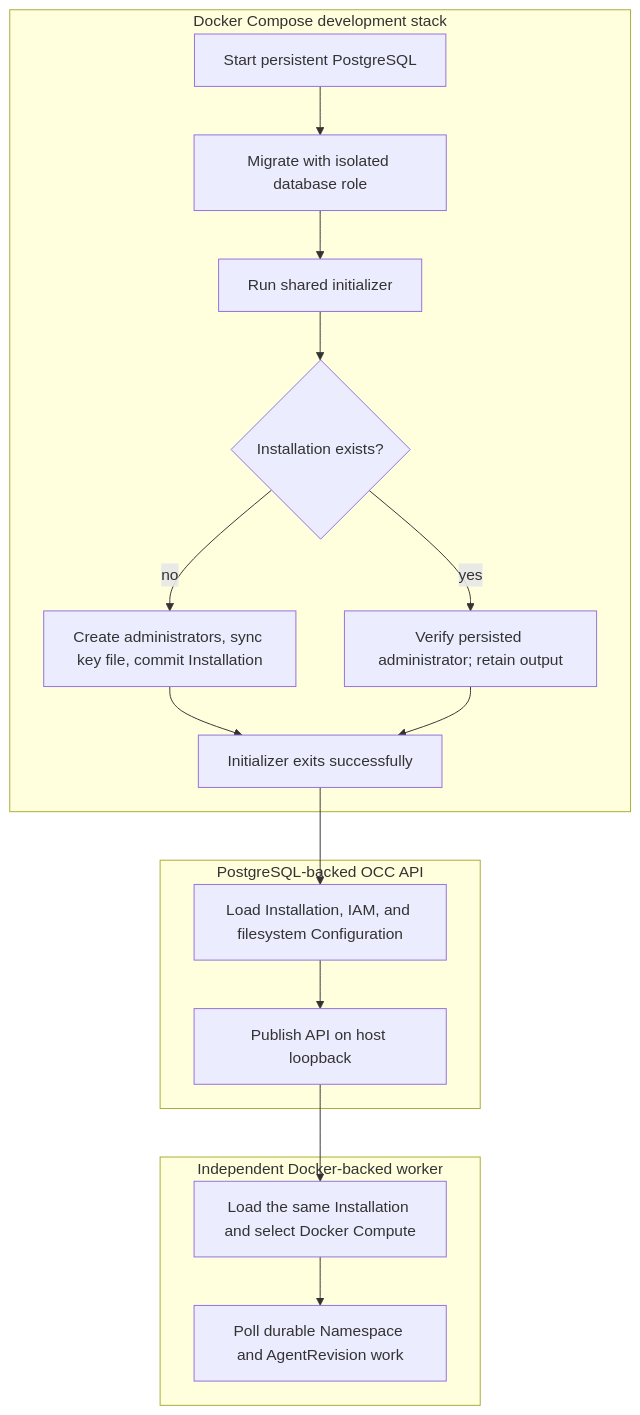
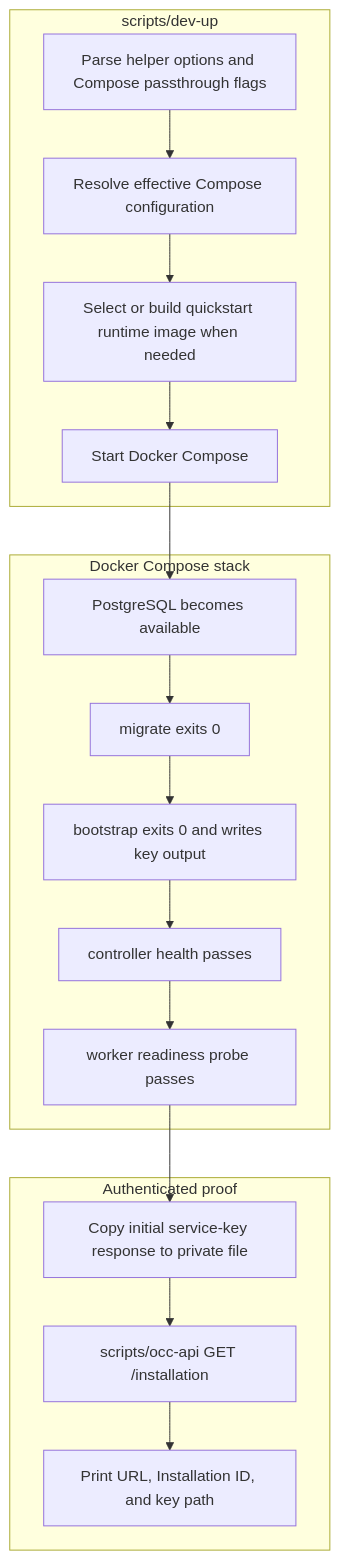
Before and after one commit to IsaiahStapleton/openclaw-enterprise: the diagram in docs/flows/development-startup.md, drawn with Mermaid. The commit also changed other lines of this file and 19 other files, not shown here.

````diff
--- a/docs/flows/development-startup.md
+++ b/docs/flows/development-startup.md
@@ -33,20 +35,20 @@
 ```mermaid
 graph TD
-    subgraph Compose["Docker Compose development stack"]
-        A["Start persistent PostgreSQL"] --> B["Migrate with isolated database role"]
-        B --> C["Run shared initializer"]
-        C --> D{"Installation exists?"}
-        D -->|no| E["Create administrators, sync key file, commit Installation"]
-        D -->|yes| F["Verify persisted administrator; retain output"]
-        E --> G["Initializer exits successfully"]
-        F --> G
+    subgraph Helper["scripts/dev-up"]
+        A["Parse helper options and Compose passthrough flags"] --> B["Resolve effective Compose configuration"]
+        B --> C["Select or build quickstart runtime image when needed"]
+        C --> D["Start Docker Compose"]
     end
-    subgraph API["PostgreSQL-backed OCC API"]
-        G --> H["Load Installation, IAM, and filesystem Configuration"]
-        H --> I["Publish API on host loopback"]
+    subgraph Compose["Docker Compose stack"]
+        D --> E["PostgreSQL becomes available"]
+        E --> F["migrate exits 0"]
+        F --> G["bootstrap exits 0 and writes key output"]
+        G --> H["controller health passes"]
+        H --> I["worker readiness probe passes"]
     end
-    subgraph Worker["Independent Docker-backed worker"]
-        I --> J["Load the same Installation and select Docker Compute"]
-        J --> K["Poll durable Namespace and AgentRevision work"]
+    subgraph Proof["Authenticated proof"]
+        I --> J["Copy initial service-key response to private file"]
+        J --> K["scripts/occ-api GET /installation"]
+        K --> L["Print URL, Installation ID, and key path"]
     end
 ```
````
